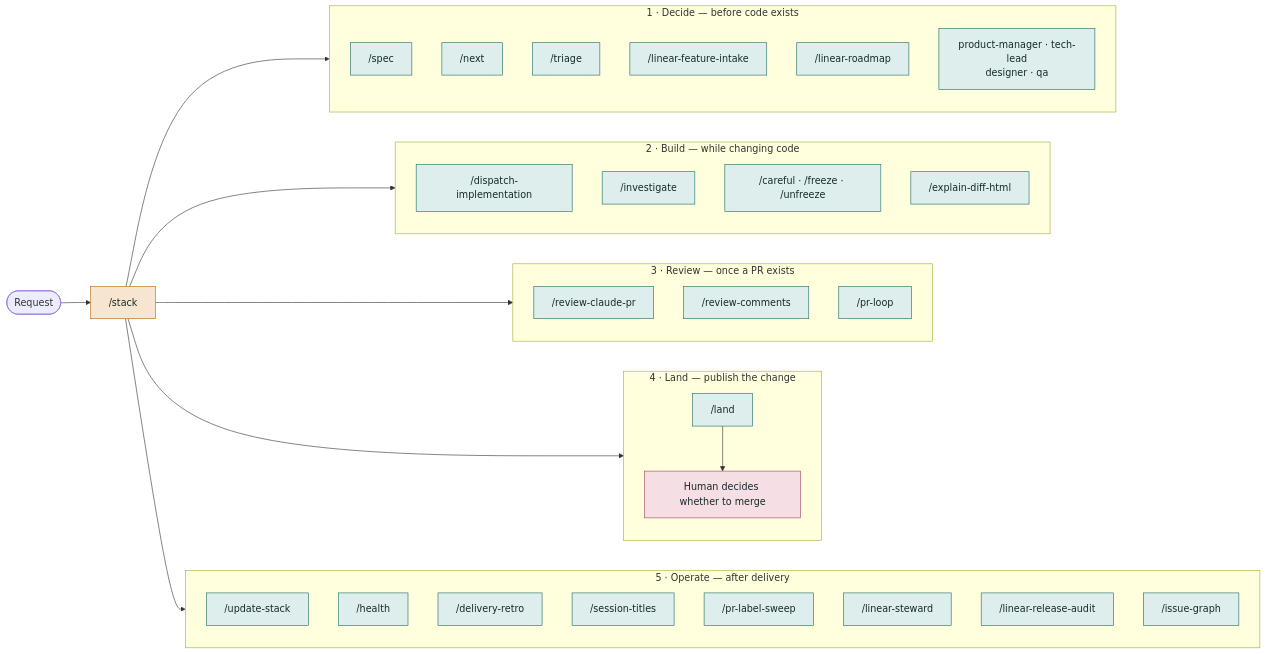
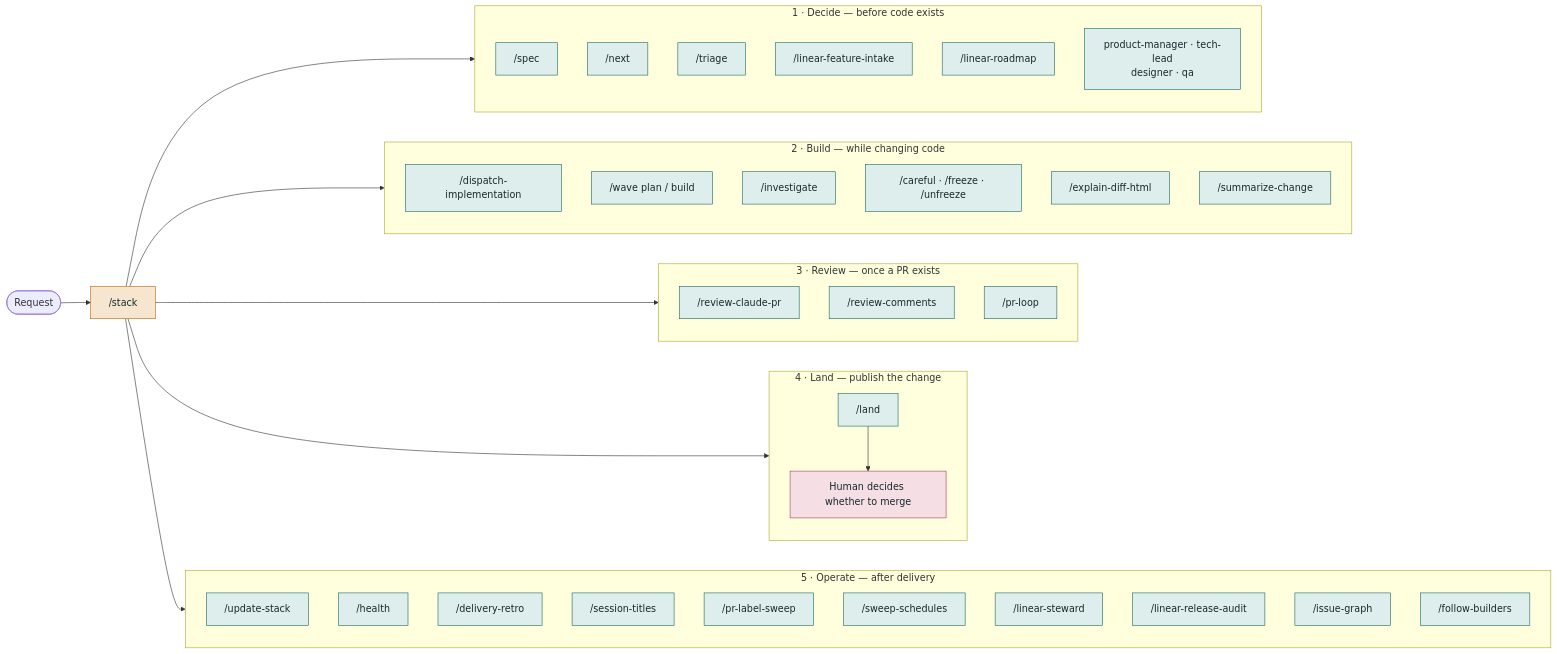
One commit to khalilouardini/kstack changed the second of 5 diagrams in docs/skill-map.md. Above: the diagram before and after it, drawn with Mermaid. The commit also changed other lines of this file and 12 other files, not shown here.

````diff
--- a/docs/skill-map.md
+++ b/docs/skill-map.md
@@ -39,60 +40,64 @@
 ```mermaid
 flowchart LR
     request([Request]) --> router["/stack"]
     router --> decide
     router --> build
     router --> review
     router --> land
     router --> operate
 
     subgraph decide["1 · Decide — before code exists"]
       direction TB
       spec["/spec"]
       next["/next"]
       triage["/triage"]
       intake["/linear-feature-intake"]
       roadmap["/linear-roadmap"]
       roles["product-manager · tech-lead<br/>designer · qa"]
     end
 
     subgraph build["2 · Build — while changing code"]
       direction TB
       dispatch["/dispatch-implementation"]
+      wave["/wave plan / build"]
       investigate["/investigate"]
       controls["/careful · /freeze · /unfreeze"]
       explain["/explain-diff-html"]
+      summarize["/summarize-change"]
     end
 
     subgraph review["3 · Review — once a PR exists"]
       direction TB
       produce["/review-claude-pr"]
       respond["/review-comments"]
       loop["/pr-loop"]
     end
 
     subgraph land["4 · Land — publish the change"]
       direction TB
       landSkill["/land"]
       human["Human decides whether to merge"]
       landSkill --> human
     end
 
     subgraph operate["5 · Operate — after delivery"]
       direction TB
       updateStack["/update-stack"]
       health["/health"]
       retro["/delivery-retro"]
       titles["/session-titles"]
       labels["/pr-label-sweep"]
+      schedules["/sweep-schedules"]
       steward["/linear-steward"]
       audit["/linear-release-audit"]
       issueGraph["/issue-graph"]
+      digest["/follow-builders"]
     end
 
     classDef route fill:#f6e6cf,stroke:#b8690c,color:#16292b
     classDef phase fill:#ddeeec,stroke:#1d6a63,color:#16292b
     classDef stopStyle fill:#f6dee5,stroke:#a04360,color:#16292b
     class router route
-    class spec,next,triage,intake,roadmap,roles,dispatch,investigate,controls,explain,produce,respond,loop,landSkill,updateStack,health,retro,titles,labels,steward,audit,issueGraph phase
+    class spec,next,triage,intake,roadmap,roles,dispatch,wave,investigate,controls,explain,summarize,produce,respond,loop,landSkill,updateStack,health,retro,titles,labels,schedules,steward,audit,issueGraph,digest phase
     class human stopStyle
 ```
````
